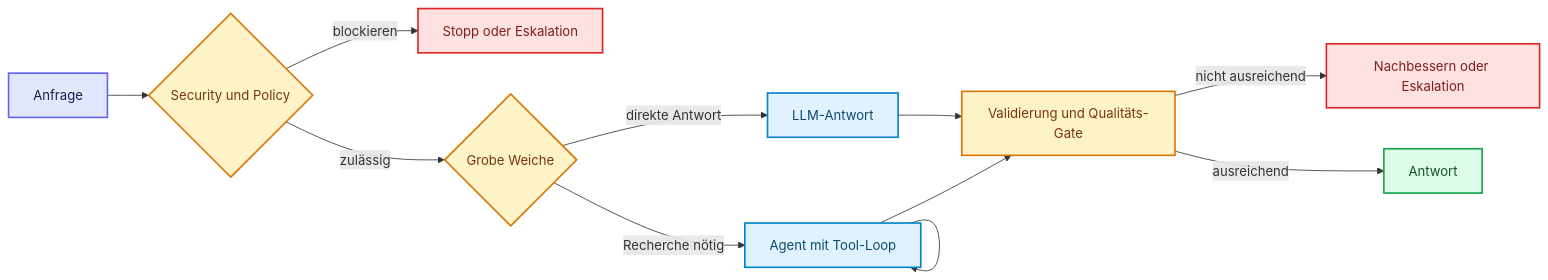
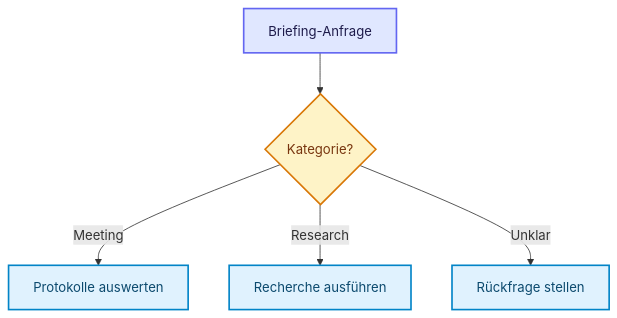
The third of 8 diagrams in docs/04-agenten-implementierung/entwurf/agent-architekturen.md (ralf-42/Agenten), drawn with Mermaid before and after one commit. The commit also changed other lines of this file and 12 other files, not shown here.

````diff
--- a/docs/04-agenten-implementierung/entwurf/agent-architekturen.md
+++ b/docs/04-agenten-implementierung/entwurf/agent-architekturen.md
@@ -187,24 +108,12 @@
 ```mermaid
-flowchart LR
-    A[Anfrage] --> G{Security und Policy}
-    G -->|blockieren| X[Stopp oder Eskalation]
-    G -->|zulässig| R{Grobe Weiche}
-    R -->|direkte Antwort| L[LLM-Antwort]
-    R -->|Recherche nötig| T[Agent mit Tool-Loop]
-    T --> T
-    L --> Q[Validierung und Qualitäts-Gate]
-    T --> Q
-    Q -->|nicht ausreichend| N[Nachbessern oder Eskalation]
-    Q -->|ausreichend| E[Antwort]
-
+flowchart TD
+    Q["Briefing-Anfrage"] --> R{"Kategorie?"}
+    R -->|Meeting| M["Protokolle auswerten"]
+    R -->|Research| S["Recherche ausführen"]
+    R -->|Unklar| H["Rückfrage stellen"]
     classDef default fill:#e0f2fe,stroke:#0284c7,stroke-width:2px,color:#0c4a6e;
     classDef input fill:#e0e7ff,stroke:#6366f1,stroke-width:2px,color:#1e1b4b;
     classDef metric fill:#fef3c7,stroke:#d97706,stroke-width:2px,color:#78350f;
-    classDef output fill:#dcfce7,stroke:#16a34a,stroke-width:2px,color:#14532d;
-    classDef stop fill:#fee2e2,stroke:#dc2626,stroke-width:2px,color:#7f1d1d;
-
-    class A input;
-    class G,R,Q metric;
-    class E output;
-    class X,N stop;
+    class Q input;
+    class R metric;
 ```
````
